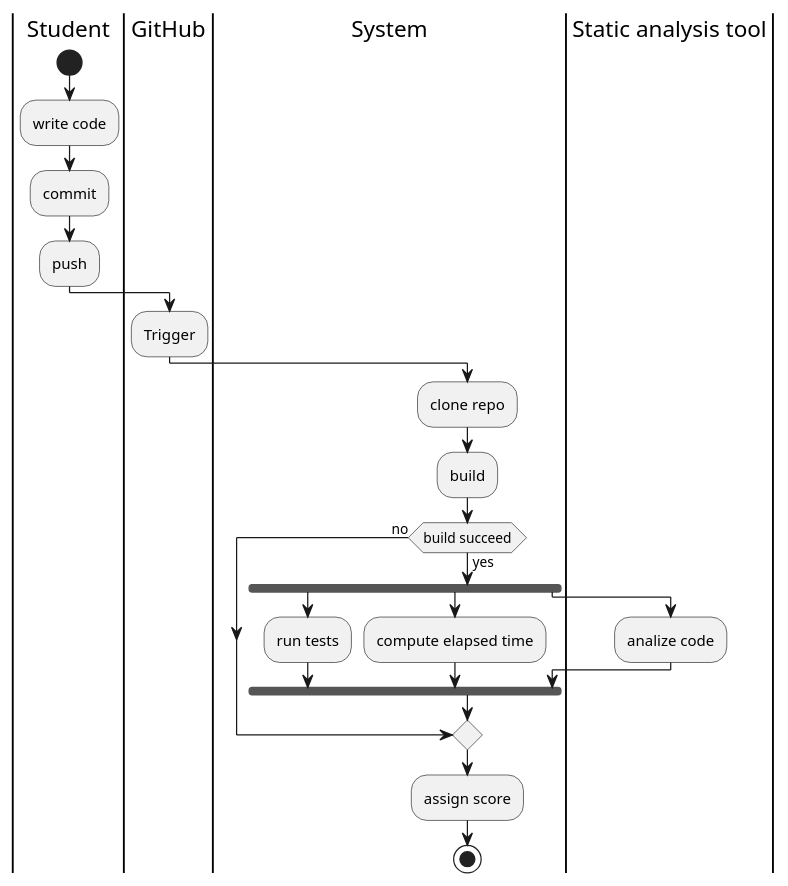
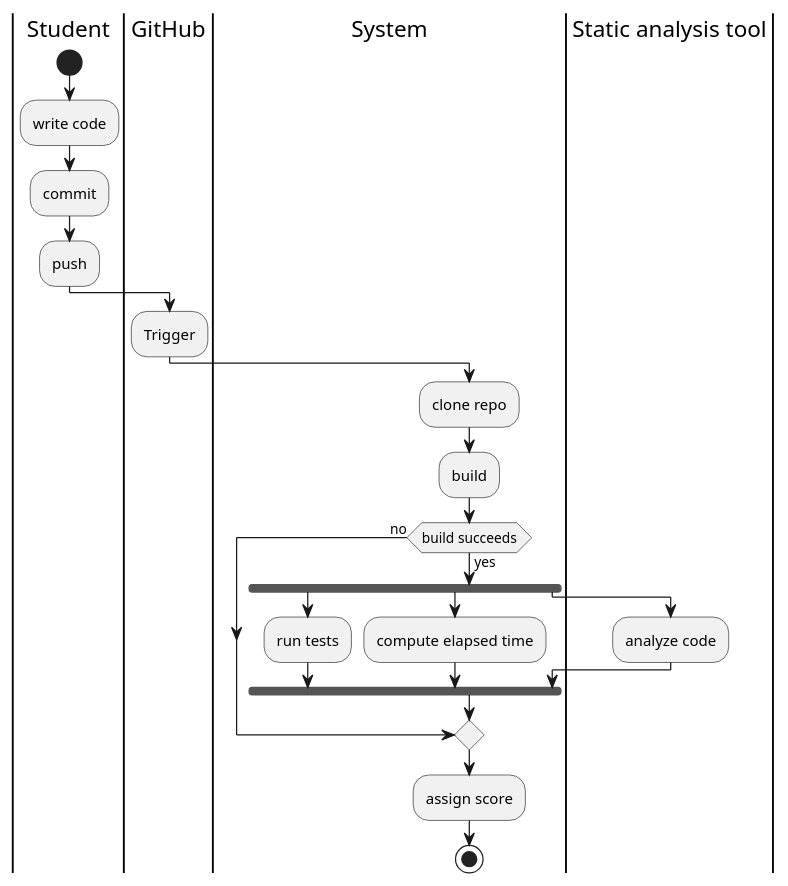
The diagram in rasd/puml/auto-evaluation.puml (Furrrlo/CodeKataBattle), drawn with PlantUML before and after one commit. The commit also changed 8 other files, not shown here.

```diff
--- a/rasd/puml/auto-evaluation.puml
+++ b/rasd/puml/auto-evaluation.puml
@@ -1,33 +1,33 @@
 @startuml
 
 |Student|
 start
 :write code;
 :commit;
 :push;
 
 |GitHub|
 :Trigger;
 
 |System|
 :clone repo;
 :build;
-if(build succeed) then (yes)
+if(build succeeds) then (yes)
     fork
         :run tests;
     fork again
         :compute elapsed time;
     fork again
         |Static analysis tool|
-        :analize code;
+        :analyze code;
         |System|
     endfork
 else(no)
 endif
 |System|
 :assign score;
 
 
 stop
 
 @enduml
```
